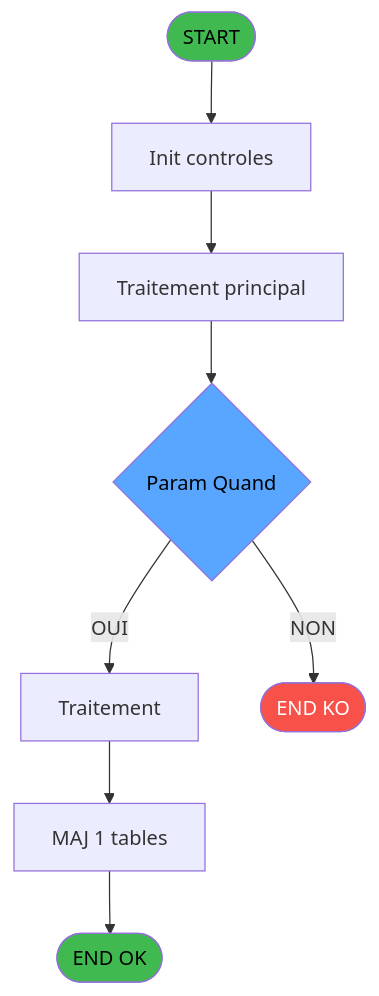
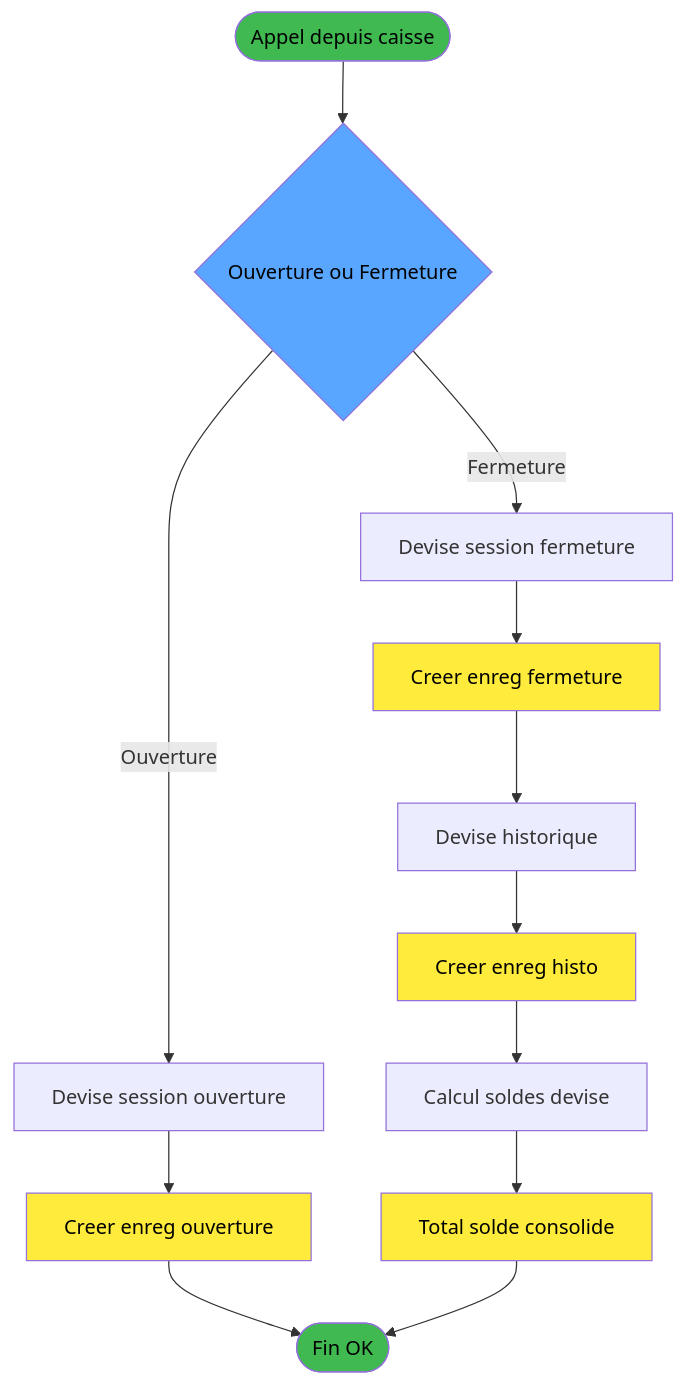
Before and after one commit to thonyAGP/magic-migration: the first of 3 diagrams in .openspec/specs/ADH-IDE-147.md, drawn with Mermaid. The commit also changed other lines of this file and 7 other files, not shown here.

````diff
--- a/.openspec/specs/ADH-IDE-147.md
+++ b/.openspec/specs/ADH-IDE-147.md
@@ -206,21 +244,34 @@
 ```mermaid
 flowchart TD
-    START([START])
-    INIT[Init controles]
-    SAISIE[Traitement principal]
-    DECISION{Param Quand}
-    PROCESS[Traitement]
-    UPDATE[MAJ 1 tables]
-    ENDOK([END OK])
-    ENDKO([END KO])
+    START([Appel depuis caisse])
+    CTXTYPE{Ouverture ou Fermeture}
+    DEVSESS1[Devise session ouverture]
+    CREATEOUV[Creer enreg ouverture]
+    DEVSESS2[Devise session fermeture]
+    CREATEFERM[Creer enreg fermeture]
+    HISTODEV[Devise historique]
+    CREATEHIST[Creer enreg histo]
+    SOLDES[Calcul soldes devise]
+    TOTAL[Total solde consolide]
+    ENDOK([Fin OK])
 
-    START --> INIT --> SAISIE --> DECISION
-    DECISION -->|OUI| PROCESS
-    DECISION -->|NON| ENDKO
-    PROCESS --> UPDATE --> ENDOK
+    START --> CTXTYPE
+    CTXTYPE -->|Ouverture| DEVSESS1
+    DEVSESS1 --> CREATEOUV
+    CREATEOUV --> ENDOK
+    CTXTYPE -->|Fermeture| DEVSESS2
+    DEVSESS2 --> CREATEFERM
+    CREATEFERM --> HISTODEV
+    HISTODEV --> CREATEHIST
+    CREATEHIST --> SOLDES
+    SOLDES --> TOTAL
+    TOTAL --> ENDOK
 
     style START fill:#3fb950,color:#000
     style ENDOK fill:#3fb950,color:#000
-    style ENDKO fill:#f85149,color:#fff
-    style DECISION fill:#58a6ff,color:#000
+    style CTXTYPE fill:#58a6ff,color:#000
+    style CREATEOUV fill:#ffeb3b,color:#000
+    style CREATEFERM fill:#ffeb3b,color:#000
+    style CREATEHIST fill:#ffeb3b,color:#000
+    style TOTAL fill:#ffeb3b,color:#000
 ```
````
